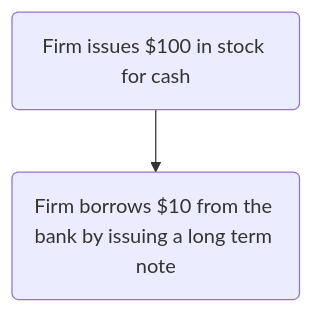
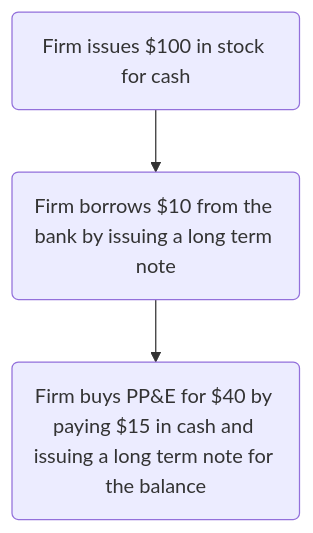
One commit to sheilsarda/Training_The_Street changed the diagram in Accounting_Notes.md. Above: the diagram before and after it, drawn with Mermaid.

````diff
--- a/Accounting_Notes.md
+++ b/Accounting_Notes.md
@@ -75,4 +75,5 @@
 ```mermaid
 flowchart TB
     A(Firm issues $100 in stock for cash) --> B(Firm borrows $10 from the bank by issuing a long term note)
+    B --> C(Firm buys PP&E for $40 by paying $15 in cash and issuing a long term note for the balance)
 ```
````
